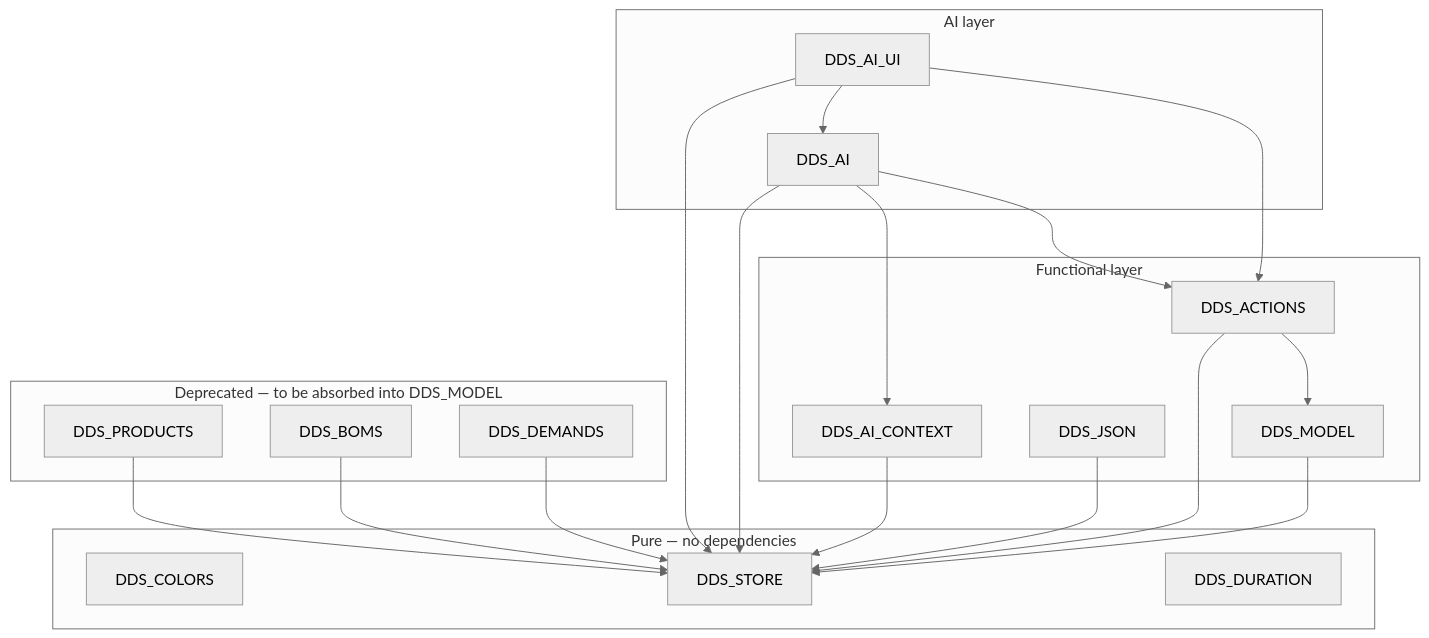
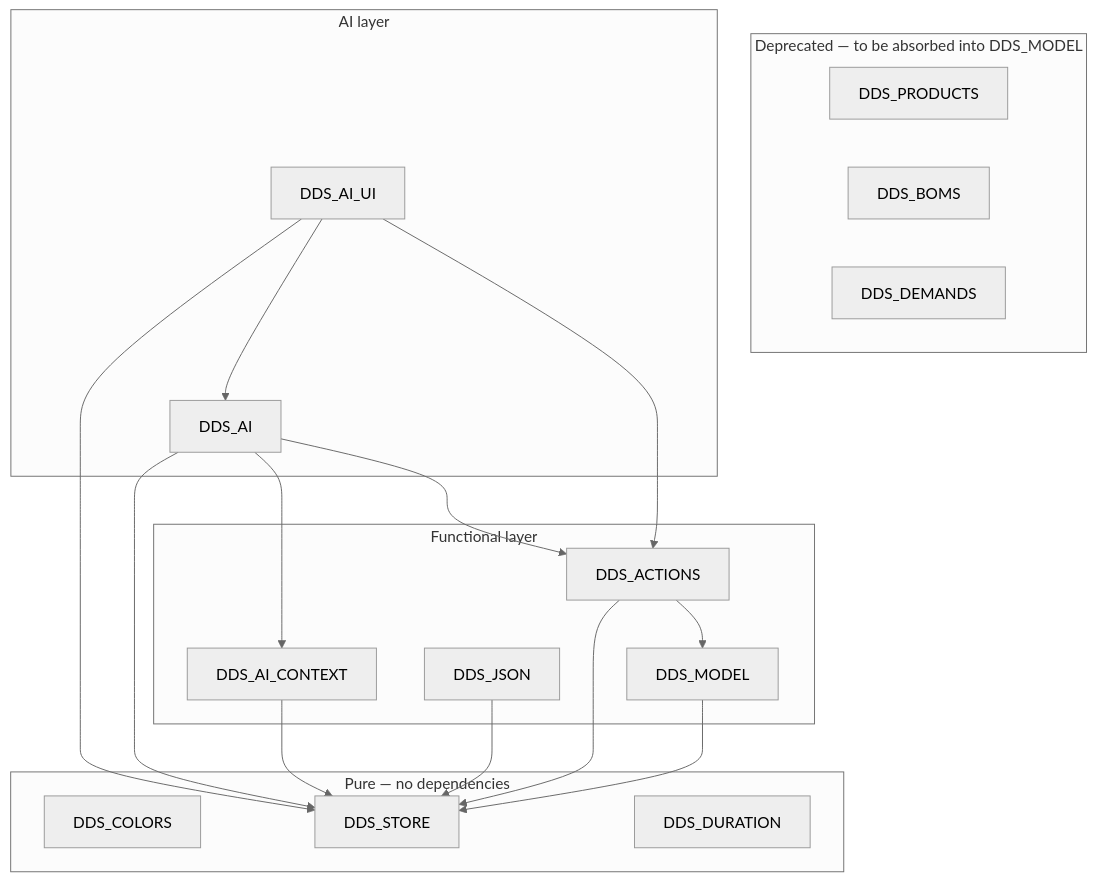
Before and after one commit to rlequette-t4b/ddscope-doc: the diagram in docs/DDScope_Modules.md, drawn with Mermaid (neutral theme). The commit also changed other lines of this file and 5 other files, not shown here.

````diff
--- a/docs/DDScope_Modules.md
+++ b/docs/DDScope_Modules.md
@@ -46,44 +59,41 @@
 ```mermaid
 graph TD
 
   subgraph Pure["Pure — no dependencies"]
     DDS_COLORS
     DDS_STORE
     DDS_DURATION
   end
 
   subgraph Functional["Functional layer"]
     DDS_MODEL
     DDS_ACTIONS
     DDS_JSON
     DDS_AI_CONTEXT
   end
 
   subgraph Deprecated["Deprecated — to be absorbed into DDS_MODEL"]
     DDS_PRODUCTS
     DDS_BOMS
     DDS_DEMANDS
   end
 
   subgraph AI["AI layer"]
     DDS_AI
     DDS_AI_UI
   end
 
   DDS_MODEL       --> DDS_STORE
-  DDS_PRODUCTS    --> DDS_STORE
-  DDS_BOMS        --> DDS_STORE
-  DDS_DEMANDS     --> DDS_STORE
   DDS_ACTIONS     --> DDS_STORE
   DDS_ACTIONS     --> DDS_MODEL
   DDS_JSON        --> DDS_STORE
   DDS_AI_CONTEXT  --> DDS_STORE
 
   DDS_AI          --> DDS_STORE
   DDS_AI          --> DDS_AI_CONTEXT
   DDS_AI          --> DDS_ACTIONS
 
   DDS_AI_UI       --> DDS_STORE
   DDS_AI_UI       --> DDS_AI
   DDS_AI_UI       --> DDS_ACTIONS
 ```
````
